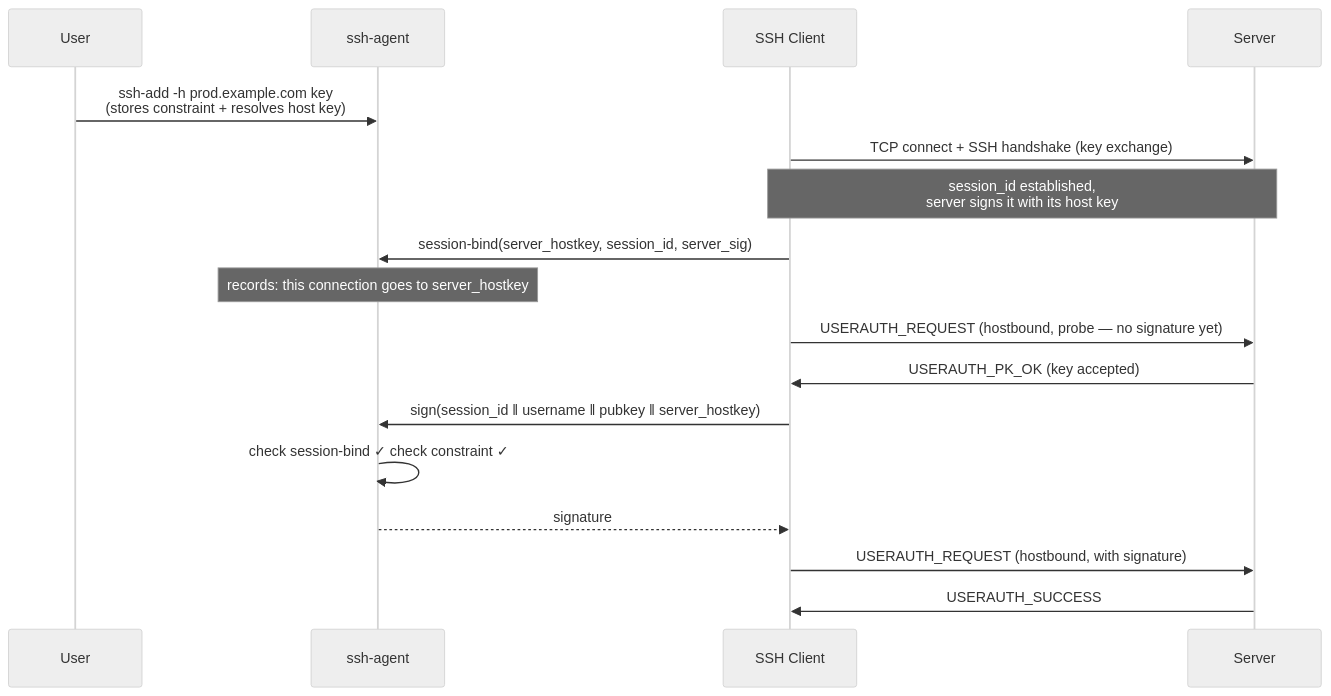
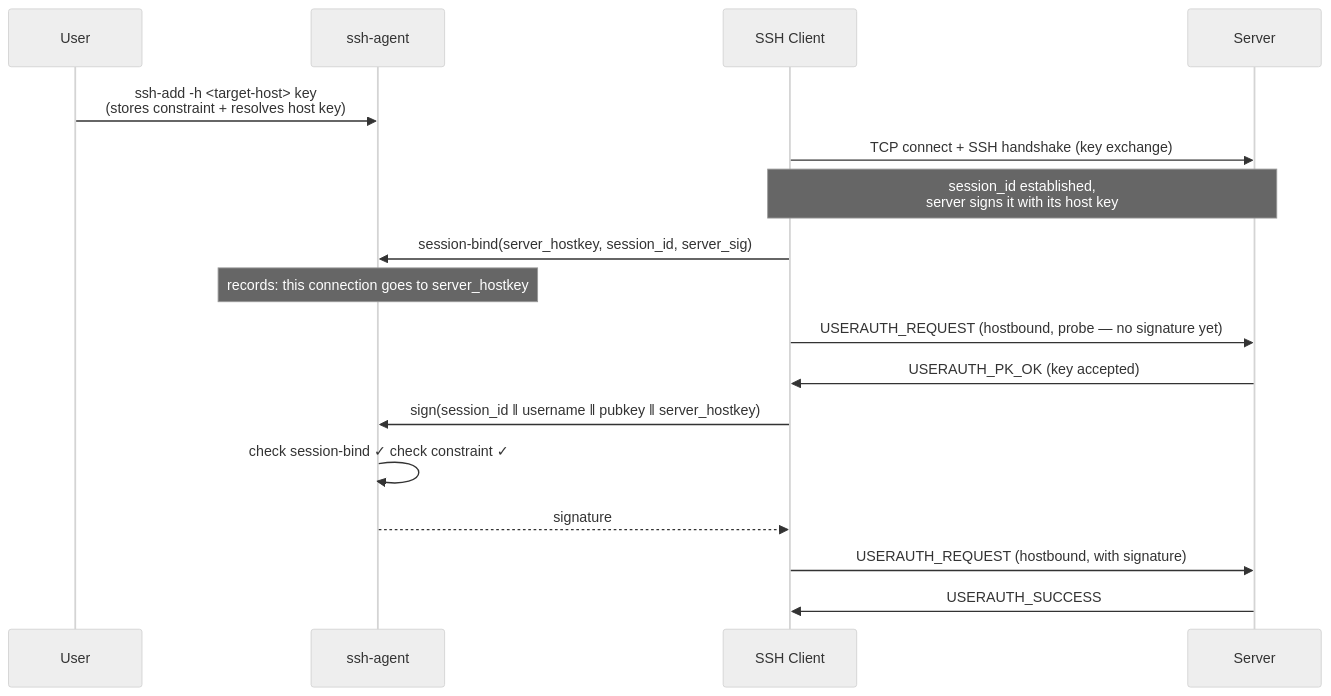
The first of 6 diagrams in doc/user_guide/publickey-hostbound.rst (ssh-mitm/ssh-mitm), drawn with Mermaid (neutral theme) before and after one commit. The commit also changed other lines of this file and 1 other file, not shown here.

```diff
--- a/doc/user_guide/publickey-hostbound.rst
+++ b/doc/user_guide/publickey-hostbound.rst
@@ -132,25 +134,25 @@
 .. mermaid::
 
     sequenceDiagram
         participant U as User
         participant A as ssh-agent
         participant C as SSH Client
         participant S as Server
 
-        U->>A: ssh-add -h prod.example.com key<br/>(stores constraint + resolves host key)
+        U->>A: ssh-add -h <target-host> key<br/>(stores constraint + resolves host key)
 
         C->>S: TCP connect + SSH handshake (key exchange)
         note over C,S: session_id established,<br/>server signs it with its host key
 
         C->>A: session-bind(server_hostkey, session_id, server_sig)
         note over A: records: this connection goes to server_hostkey
 
         C->>S: USERAUTH_REQUEST (hostbound, probe — no signature yet)
         S->>C: USERAUTH_PK_OK (key accepted)
 
         C->>A: sign(session_id ‖ username ‖ pubkey ‖ server_hostkey)
         A->>A: check session-bind ✓  check constraint ✓
         A-->>C: signature
 
         C->>S: USERAUTH_REQUEST (hostbound, with signature)
         S->>C: USERAUTH_SUCCESS
```
